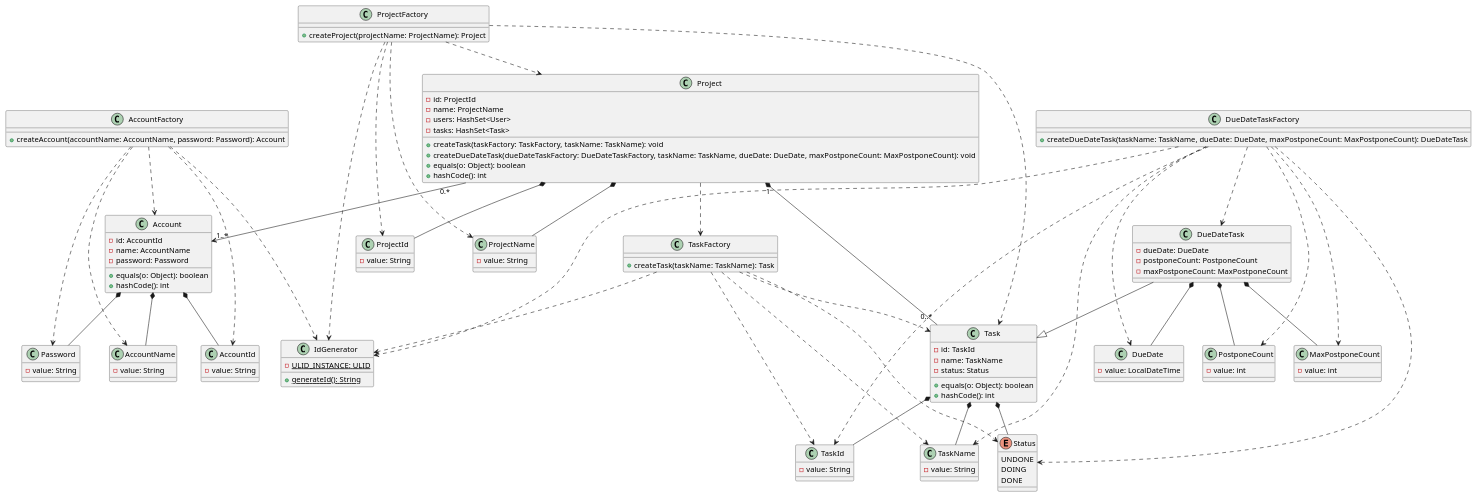
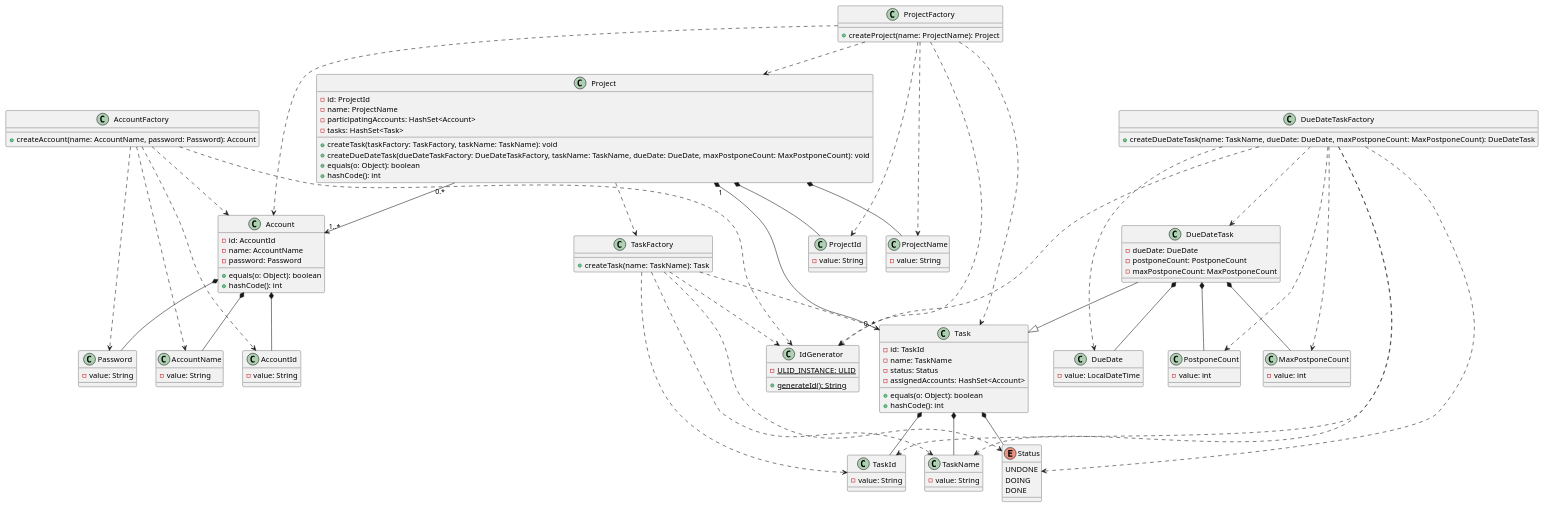
Before and after one commit to ORIKAMIxNEP/playground: the diagram in uml/class.puml, drawn with PlantUML.

```diff
--- a/uml/class.puml
+++ b/uml/class.puml
@@ -1,140 +1,149 @@
 @startuml
 class Account {
   - id: AccountId
   - name: AccountName
   - password: Password
   + equals(o: Object): boolean
   + hashCode(): int
 }
 
 class AccountId {
   - value: String
 }
 
 class AccountName {
   - value: String
 }
 
 class Password {
   - value: String
 }
 
+Account *-- AccountId
+Account *-- AccountName
+Account *-- Password
+
 class AccountFactory {
-  + createAccount(accountName: AccountName, password: Password): Account
+  + createAccount(name: AccountName, password: Password): Account
 }
+
+AccountFactory ..> Account
+AccountFactory ..> AccountId
+AccountFactory ..> IdGenerator
+AccountFactory ..> AccountName
+AccountFactory ..> Password
 
 class Project {
   - id: ProjectId
   - name: ProjectName
-  - users: HashSet<User>
+  - participatingAccounts: HashSet<Account>
   - tasks: HashSet<Task>
   + createTask(taskFactory: TaskFactory, taskName: TaskName): void
   + createDueDateTask(dueDateTaskFactory: DueDateTaskFactory, taskName: TaskName, dueDate: DueDate, maxPostponeCount: MaxPostponeCount): void
   + equals(o: Object): boolean
   + hashCode(): int
 }
 
 class ProjectId {
   - value: String
 }
 
 class ProjectName {
   - value: String
 }
 
+Project *-- ProjectId
+Project *-- ProjectName
+Project "0.*" --> "1..*" Account
+Project "1" *-- "0..*" Task
+Project ..> TaskFactory
+
 class ProjectFactory {
-  + createProject(projectName: ProjectName): Project
+  + createProject(name: ProjectName): Project
 }
+
+ProjectFactory ..> Project
+ProjectFactory ..> ProjectId
+ProjectFactory ..> IdGenerator
+ProjectFactory ..> ProjectName
+ProjectFactory ..> Account
+ProjectFactory ..> Task
 
 class Task {
   - id: TaskId
   - name: TaskName
   - status: Status
+  - assignedAccounts: HashSet<Account>
   + equals(o: Object): boolean
   + hashCode(): int
 }
 
 class TaskId {
   - value: String
 }
 
 class TaskName {
   - value: String
 }
 
 enum Status {
   UNDONE
   DOING
   DONE
 }
 
+Task *-- TaskId
+Task *-- TaskName
+Task *-- Status
+
 class TaskFactory {
-  + createTask(taskName: TaskName): Task
+  + createTask(name: TaskName): Task
 }
+
+TaskFactory ..> Task
+TaskFactory ..> TaskId
+TaskFactory ..> IdGenerator
+TaskFactory ..> TaskName
+TaskFactory ..> Status
 
 class DueDateTask {
   - dueDate: DueDate
   - postponeCount: PostponeCount
   - maxPostponeCount: MaxPostponeCount
 }
 
 class DueDate {
   - value: LocalDateTime
 }
 
 class PostponeCount {
   - value: int
 }
 
 class MaxPostponeCount {
   - value: int
 }
 
-class DueDateTaskFactory {
-  + createDueDateTask(taskName: TaskName, dueDate: DueDate, maxPostponeCount: MaxPostponeCount): DueDateTask
-}
-
-class IdGenerator {
-  {static} - ULID_INSTANCE: ULID
-  {static} + generateId(): String
-}
-
-Account *-- AccountId
-Account *-- AccountName
-Account *-- Password
-AccountFactory ..> Account
-AccountFactory ..> AccountId
-AccountFactory ..> IdGenerator
-AccountFactory ..> AccountName
-AccountFactory ..> Password
-Project *-- ProjectId
-Project *-- ProjectName
-Project "0.*" --> "1..*" Account
-Project "1" *-- "0..*" Task
-Project ..> TaskFactory
-ProjectFactory ..> Project
-ProjectFactory ..> ProjectId
-ProjectFactory ..> IdGenerator
-ProjectFactory ..> ProjectName
-ProjectFactory ..> Task
-Task *-- TaskId
-Task *-- TaskName
-Task *-- Status
-TaskFactory ..> Task
-TaskFactory ..> TaskId
-TaskFactory ..> IdGenerator
-TaskFactory ..> TaskName
-TaskFactory ..> Status
 DueDateTask --|> Task
 DueDateTask *-- DueDate
 DueDateTask *-- PostponeCount
 DueDateTask *-- MaxPostponeCount
+
+class DueDateTaskFactory {
+  + createDueDateTask(name: TaskName, dueDate: DueDate, maxPostponeCount: MaxPostponeCount): DueDateTask
+}
+
 DueDateTaskFactory ..> DueDateTask
 DueDateTaskFactory ..> TaskId
 DueDateTaskFactory ..> IdGenerator
 DueDateTaskFactory ..> TaskName
 DueDateTaskFactory ..> Status
 DueDateTaskFactory ..> DueDate
 DueDateTaskFactory ..> PostponeCount
 DueDateTaskFactory ..> MaxPostponeCount
+
+class IdGenerator {
+  {static} - ULID_INSTANCE: ULID
+  {static} + generateId(): String
+}
 @enduml
```
